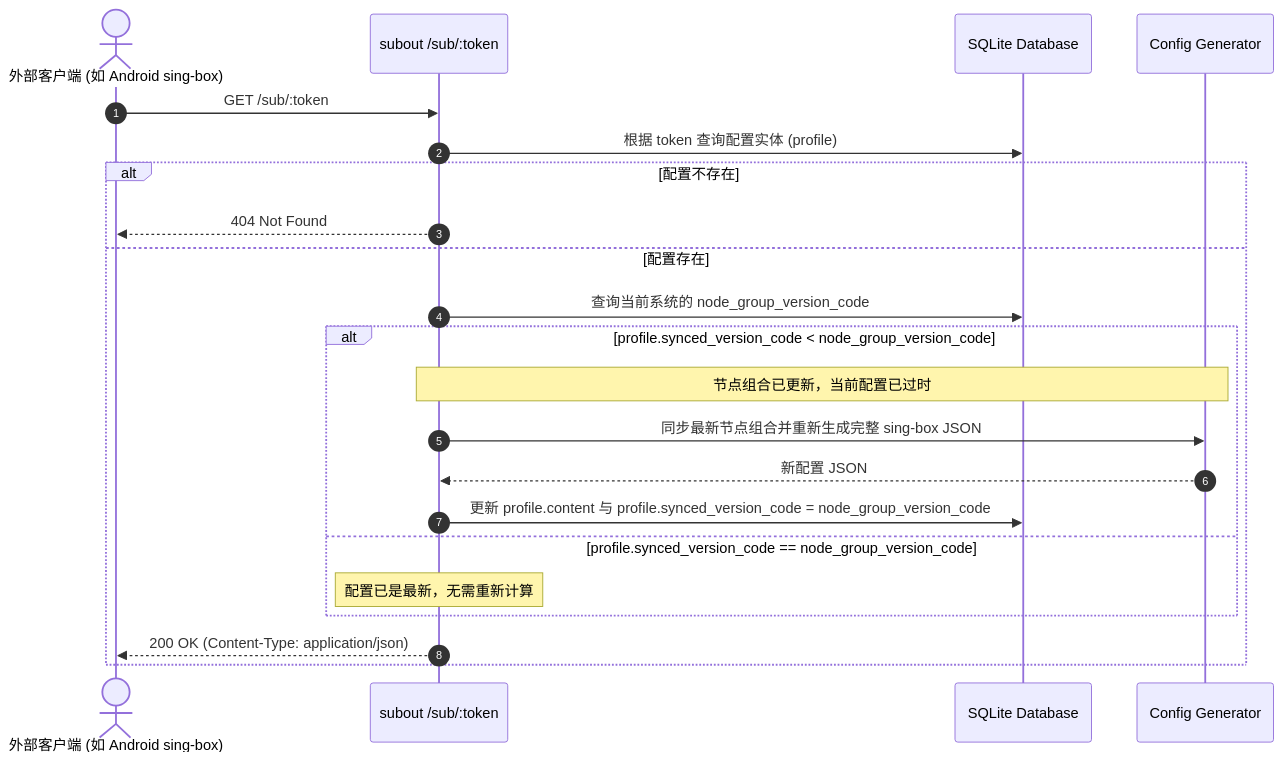
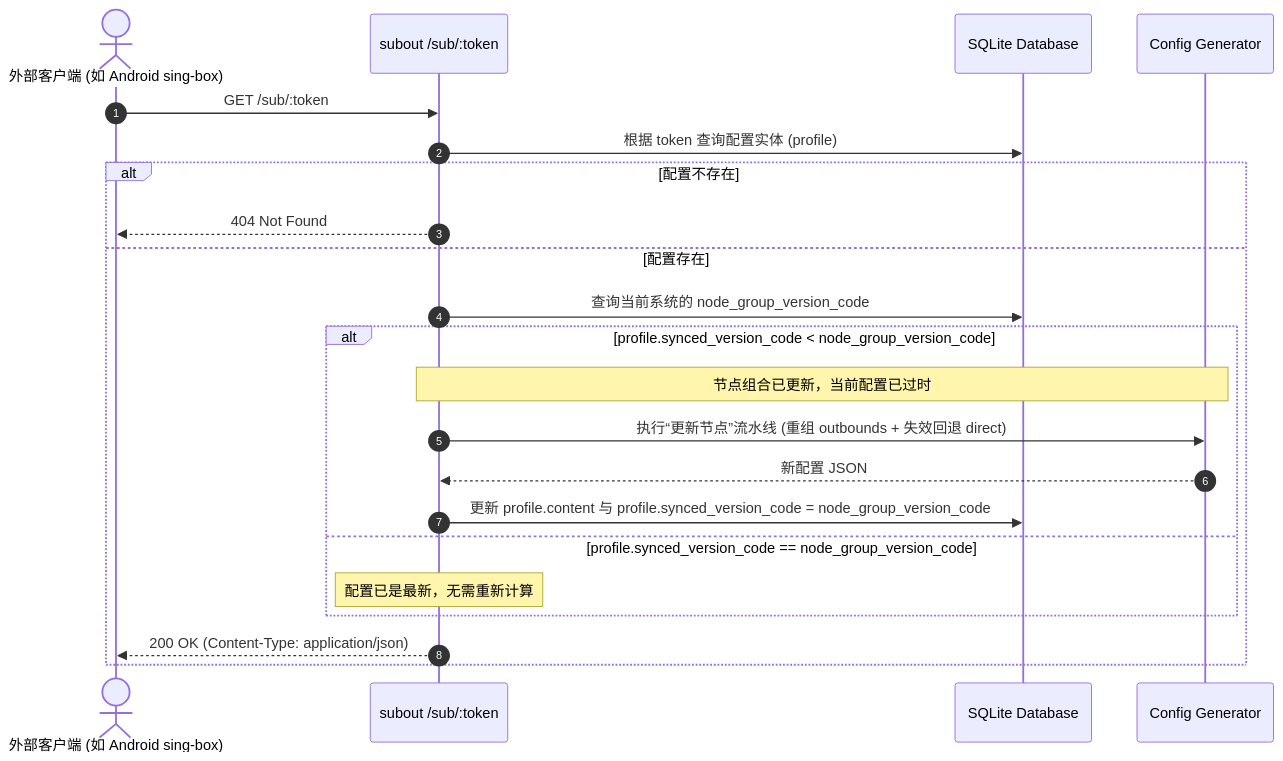
One commit to geekdex/subout changed the second of 3 diagrams in docs/v0.3.md. Above: the diagram before and after it, drawn with Mermaid. The commit also changed other lines of this file and 1 other file, not shown here.

````diff
--- a/docs/v0.3.md
+++ b/docs/v0.3.md
@@ -257,25 +258,25 @@
 ```mermaid
 sequenceDiagram
     autonumber
     actor Client as 外部客户端 (如 Android sing-box)
     participant Server as subout /sub/:token
     participant DB as SQLite Database
     participant Gen as Config Generator
 
     Client->>Server: GET /sub/:token
     Server->>DB: 根据 token 查询配置实体 (profile)
     alt 配置不存在
         Server-->>Client: 404 Not Found
     else 配置存在
         Server->>DB: 查询当前系统的 node_group_version_code
         alt profile.synced_version_code < node_group_version_code
             Note over Server,Gen: 节点组合已更新，当前配置已过时
-            Server->>Gen: 同步最新节点组合并重新生成完整 sing-box JSON
+            Server->>Gen: 执行“更新节点”流水线 (重组 outbounds + 失效回退 direct)
             Gen-->>Server: 新配置 JSON
             Server->>DB: 更新 profile.content 与 profile.synced_version_code = node_group_version_code
         else profile.synced_version_code == node_group_version_code
             Note over Server: 配置已是最新，无需重新计算
         end
         Server-->>Client: 200 OK (Content-Type: application/json)
     end
 ```
````
